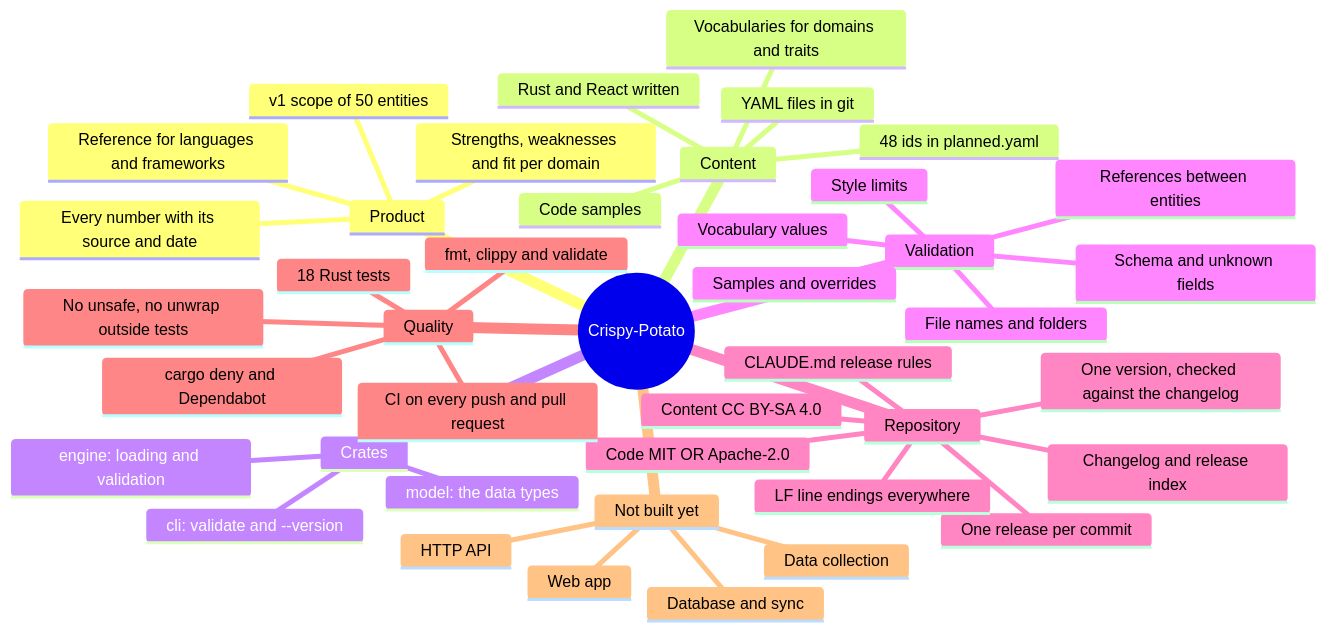
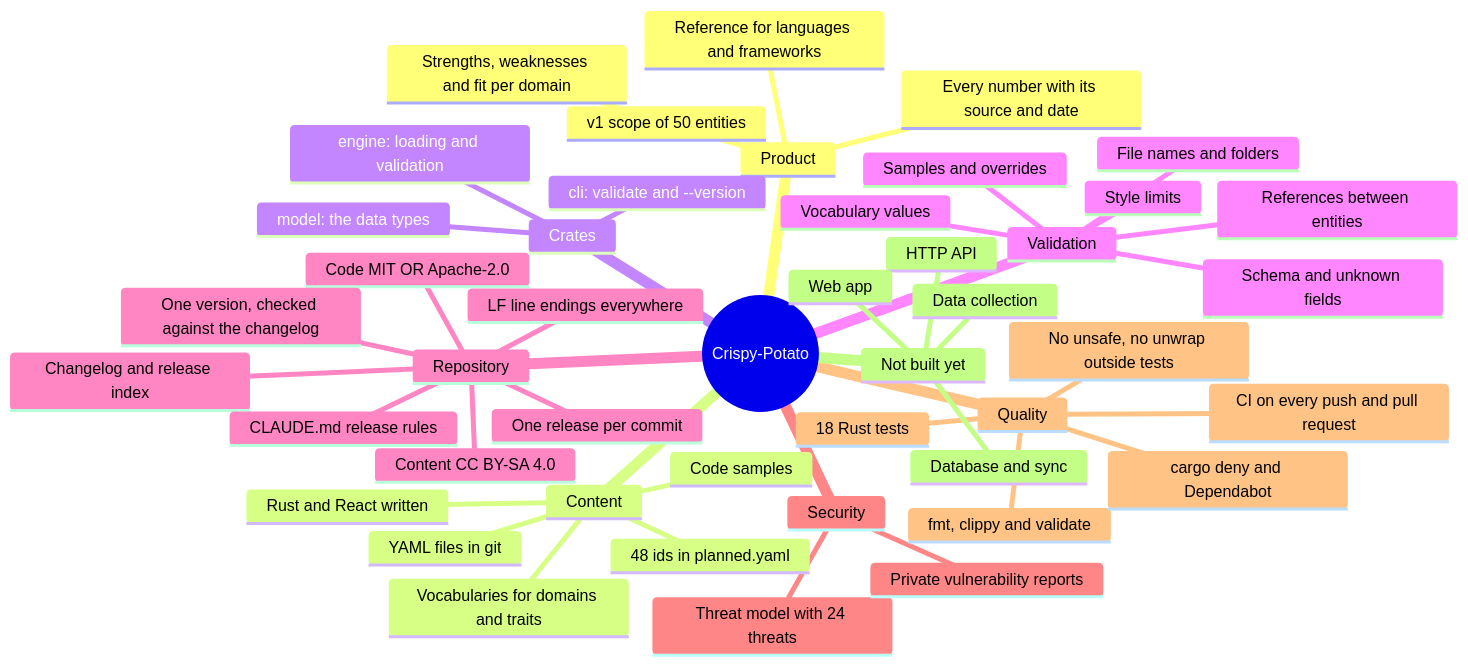
One commit to winksen/Crispy-Potato changed the first of 2 diagrams in docs/MINDMAP.md. Above: the diagram before and after it, drawn with Mermaid. The commit also changed other lines of this file and 7 other files, not shown here.

````diff
--- a/docs/MINDMAP.md
+++ b/docs/MINDMAP.md
@@ -11,45 +11,48 @@
 ```mermaid
 mindmap
   root((Crispy-Potato))
     Product
       Reference for languages and frameworks
       Strengths, weaknesses and fit per domain
       Every number with its source and date
       v1 scope of 50 entities
     Content
       YAML files in git
       Rust and React written
       48 ids in planned.yaml
       Vocabularies for domains and traits
       Code samples
     Crates
       model: the data types
       engine: loading and validation
       cli: validate and --version
     Validation
       Schema and unknown fields
       File names and folders
       Vocabulary values
       References between entities
       Style limits
       Samples and overrides
     Repository
       Code MIT OR Apache-2.0
       Content CC BY-SA 4.0
       One release per commit
       One version, checked against the changelog
       Changelog and release index
       CLAUDE.md release rules
       LF line endings everywhere
+    Security
+      Threat model with 24 threats
+      Private vulnerability reports
     Quality
       18 Rust tests
       fmt, clippy and validate
       No unsafe, no unwrap outside tests
       CI on every push and pull request
       cargo deny and Dependabot
     Not built yet
       Database and sync
       Data collection
       HTTP API
       Web app
 ```
````
